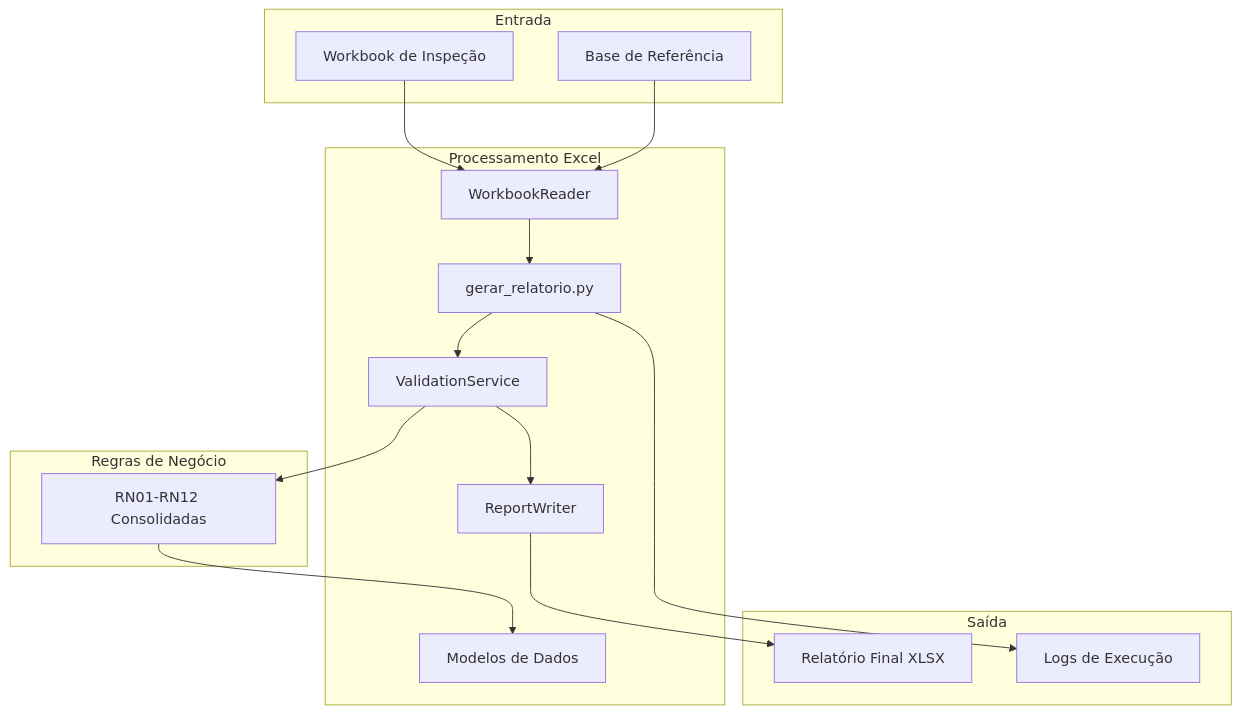
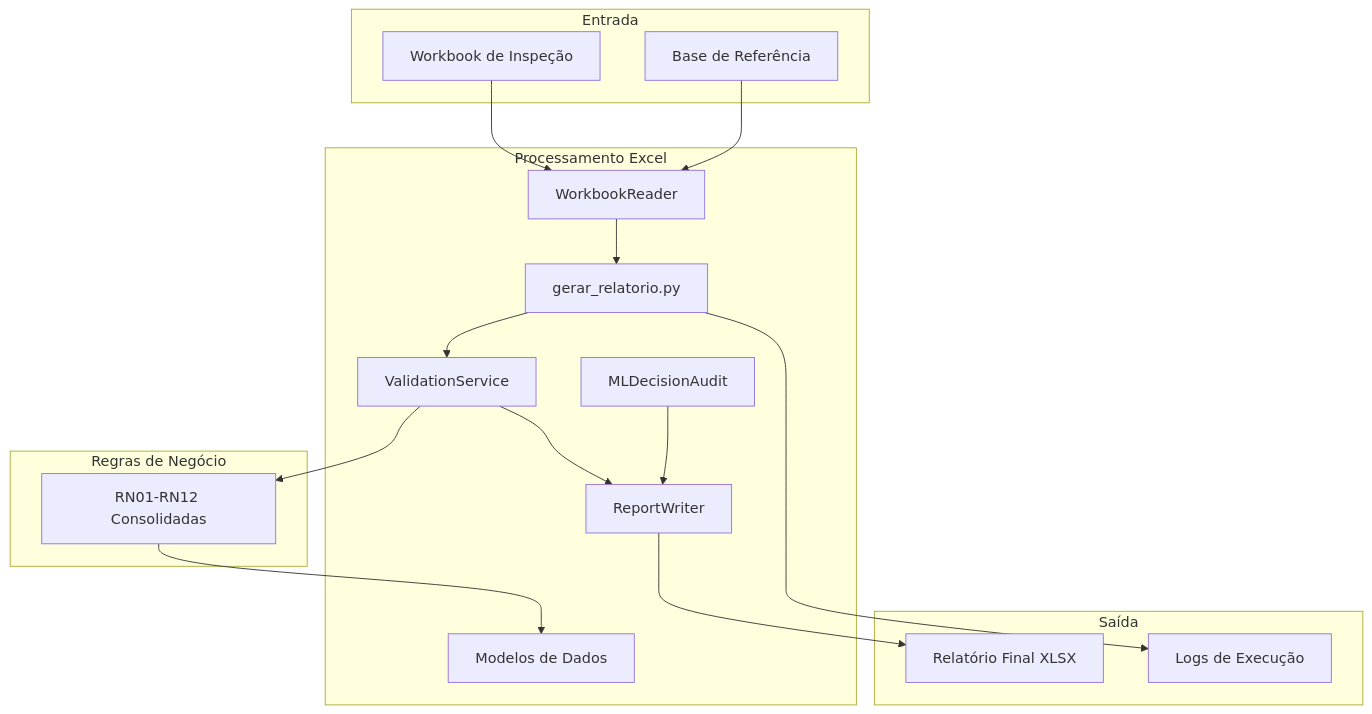
The fourth of 4 diagrams in docs/ARQUITETURA.md (g-f307/conferencia-de-lotes), drawn with Mermaid before and after one commit. The commit also changed other lines of this file and 24 other files, not shown here.

````diff
--- a/docs/ARQUITETURA.md
+++ b/docs/ARQUITETURA.md
@@ -280,34 +311,36 @@
 ```mermaid
 flowchart TB
     subgraph Entrada
         XLSX[Workbook de Inspeção]
         BASE[Base de Referência]
     end
 
     subgraph Processamento Excel
         CLI[gerar_relatorio.py]
         READER[WorkbookReader]
         VALIDATOR[ValidationService]
         REPORTER[ReportWriter]
+        AUDIT[MLDecisionAudit]
         MODELS[Modelos de Dados]
     end
 
     subgraph Regras de Negócio
         RN1_12[RN01-RN12 Consolidadas]
     end
 
     subgraph Saída
         OUT_XLSX[Relatório Final XLSX]
         OUT_LOG[Logs de Execução]
     end
 
     XLSX --> READER
     BASE --> READER
     READER --> CLI
     CLI --> VALIDATOR
     VALIDATOR --> RN1_12
     RN1_12 --> MODELS
     VALIDATOR --> REPORTER
+    AUDIT --> REPORTER
     REPORTER --> OUT_XLSX
     CLI --> OUT_LOG
 ```
````
